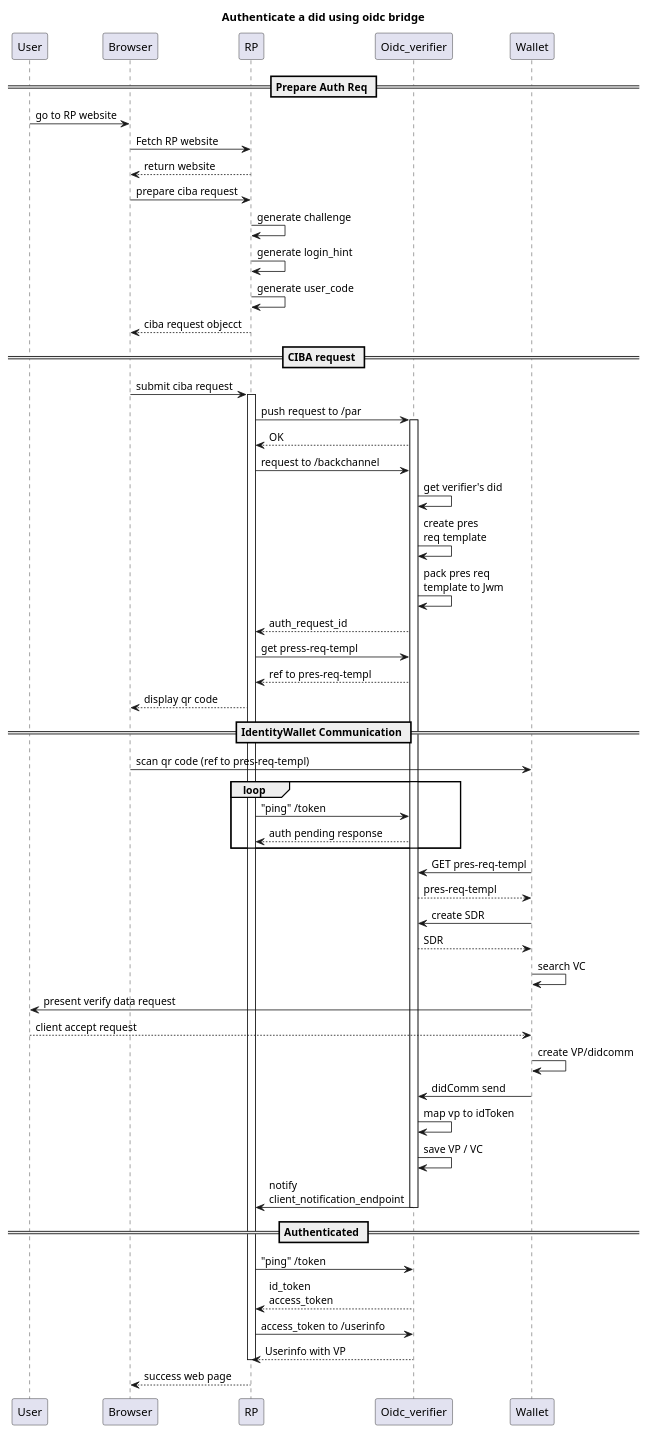
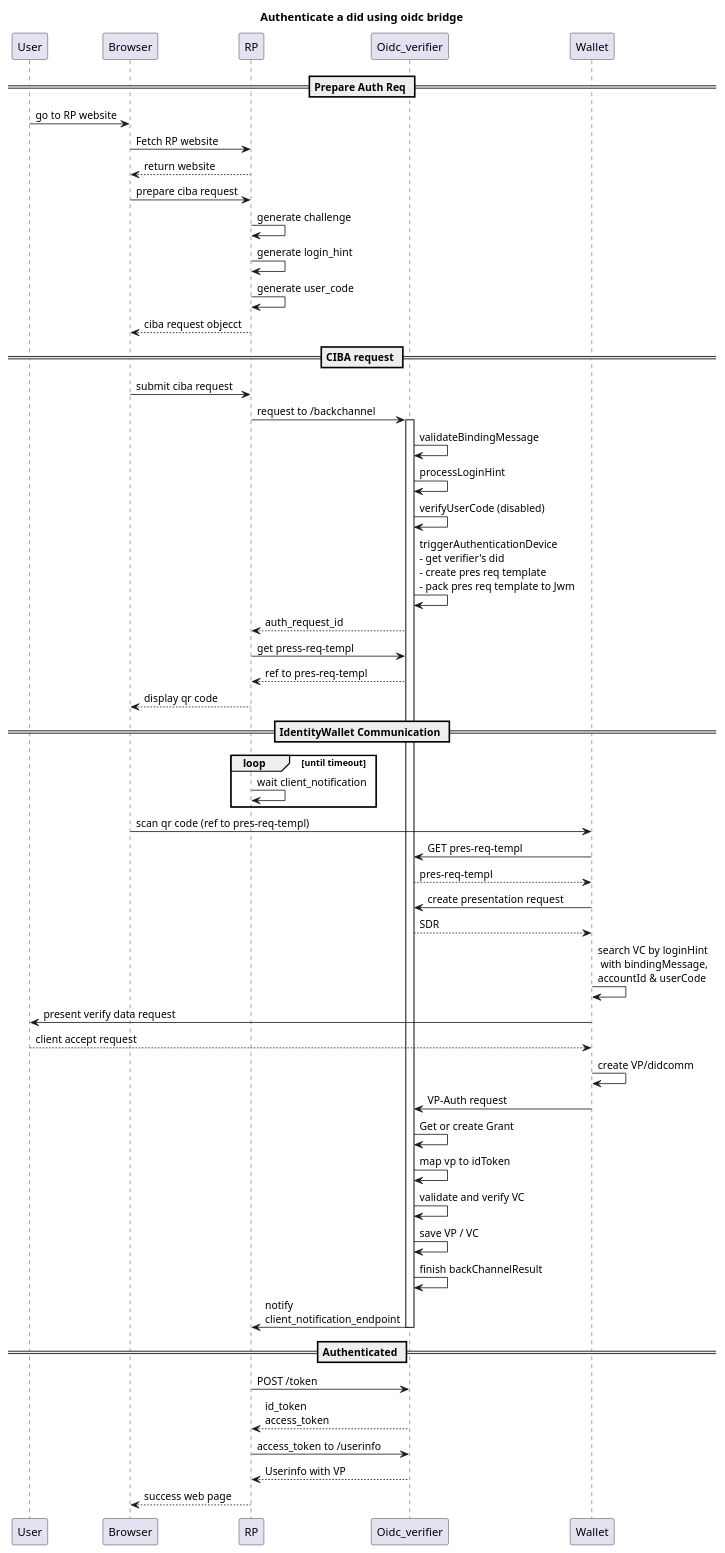
Before and after one commit to rtang03/verify-me: the diagram in docs/authenticate.md, drawn with PlantUML. The commit also changed 7 other files, not shown here.

````diff
--- a/docs/authenticate.md
+++ b/docs/authenticate.md
@@ -5,52 +5,52 @@
 ```plantuml
 Title: Authenticate a did using oidc bridge
 == Prepare Auth Req ==
 User->Browser: go to RP website
 Browser->RP: Fetch RP website
 RP-->Browser: return website
 Browser->RP: prepare ciba request
 RP->RP: generate challenge
 RP->RP: generate login_hint
 RP->RP: generate user_code
 RP-->Browser: ciba request objecct
 == CIBA request ==
 Browser->RP: submit ciba request
-activate RP
-RP->Oidc_verifier: push request to /par
+RP->Oidc_verifier: request to /backchannel
 activate Oidc_verifier
-Oidc_verifier-->RP: OK
-RP->Oidc_verifier: request to /backchannel
-Oidc_verifier->Oidc_verifier: get verifier's did
-Oidc_verifier->Oidc_verifier: create pres\nreq template
-Oidc_verifier->Oidc_verifier: pack pres req\ntemplate to Jwm
+Oidc_verifier->Oidc_verifier: validateBindingMessage
+Oidc_verifier->Oidc_verifier: processLoginHint
+Oidc_verifier->Oidc_verifier: verifyUserCode (disabled)
+Oidc_verifier->Oidc_verifier: triggerAuthenticationDevice \n- get verifier's did \n- create pres req template \n- pack pres req template to Jwm 
 Oidc_verifier-->RP: auth_request_id
 RP->Oidc_verifier: get press-req-templ
 Oidc_verifier-->RP: ref to pres-req-templ
 RP-->Browser: display qr code
 == IdentityWallet Communication ==
+loop until timeout
+    RP->RP: wait client_notification
+end
 Browser->Wallet: scan qr code (ref to pres-req-templ)
-loop
-    RP->Oidc_verifier: "ping" /token
-    Oidc_verifier-->RP: auth pending response
-end
 Wallet->Oidc_verifier: GET pres-req-templ
 Oidc_verifier-->Wallet: pres-req-templ
-Wallet->Oidc_verifier: create SDR
+Wallet->Oidc_verifier: create presentation request
 Oidc_verifier-->Wallet: SDR
-Wallet->Wallet: search VC
+Wallet->Wallet: search VC by loginHint\n with bindingMessage, \naccountId & userCode
 Wallet->User: present verify data request
 User-->Wallet: client accept request
 Wallet->Wallet: create VP/didcomm
-Wallet->Oidc_verifier: didComm send
+Wallet->Oidc_verifier: VP-Auth request
+Oidc_verifier->Oidc_verifier: Get or create Grant 
 Oidc_verifier->Oidc_verifier: map vp to idToken
+Oidc_verifier->Oidc_verifier: validate and verify VC
 Oidc_verifier->Oidc_verifier: save VP / VC
+Oidc_verifier->Oidc_verifier: finish backChannelResult 
 Oidc_verifier->RP: notify\nclient_notification_endpoint
 deactivate Oidc_verifier
 == Authenticated ==
-RP->Oidc_verifier: "ping" /token
+RP->Oidc_verifier: POST /token
 Oidc_verifier-->RP: id_token\naccess_token
 RP->Oidc_verifier: access_token to /userinfo
 Oidc_verifier-->RP: Userinfo with VP
 deactivate RP
 RP-->Browser: success web page
 ```
````
